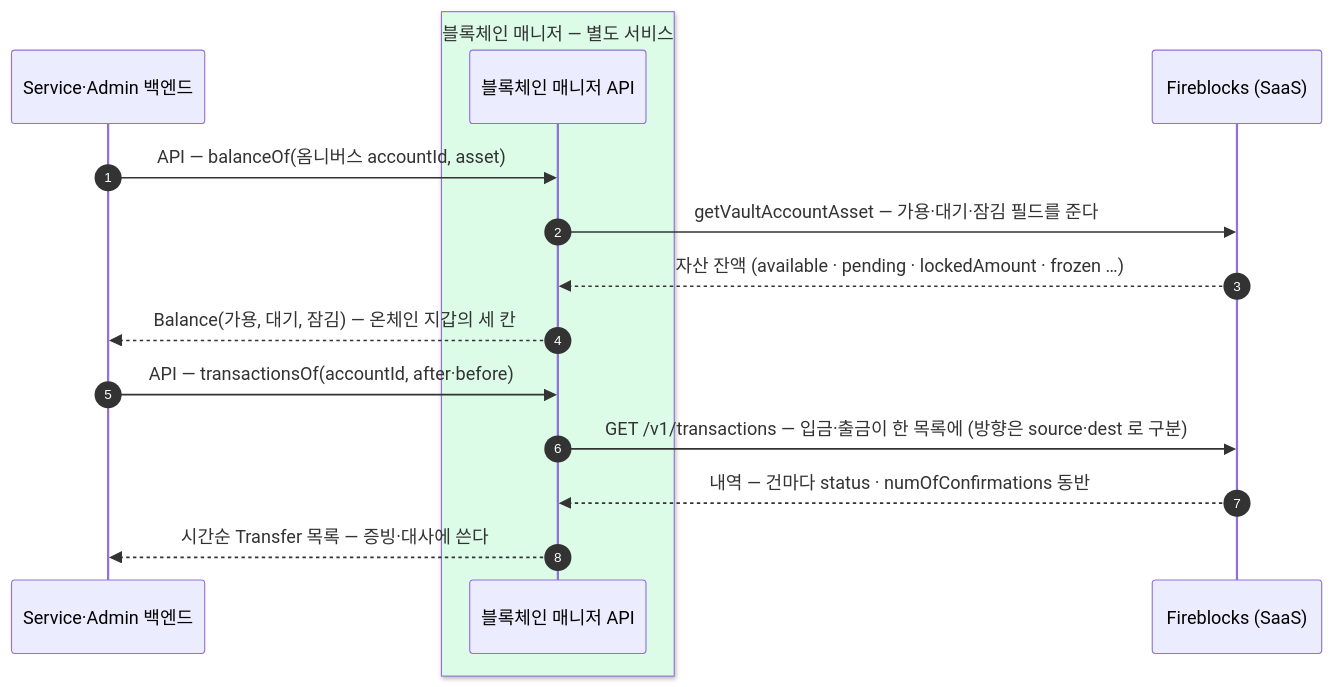
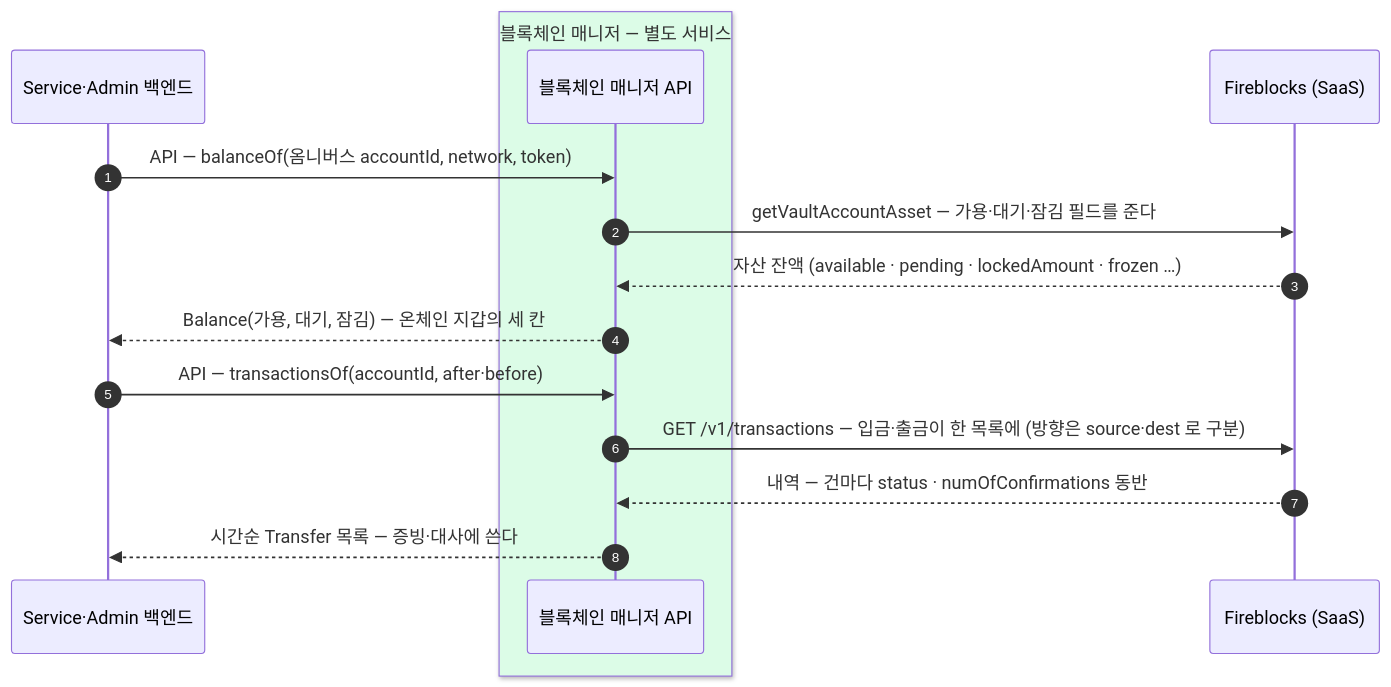
Before and after one commit to eunsujeo/eunpus: the second of 3 diagrams in blockchain-manager/docs/블록체인매니저/설계/08-balance-history.md, drawn with Mermaid. The commit also changed other lines of this file and 4 other files, not shown here.

First line of the commit message:
하위 챕터 프로즈까지 network + token 으로 정리

````diff
--- a/blockchain-manager/docs/블록체인매니저/설계/08-balance-history.md
+++ b/blockchain-manager/docs/블록체인매니저/설계/08-balance-history.md
@@ -92,19 +93,19 @@
 ```mermaid
 sequenceDiagram
     autonumber
     participant BE as Service·Admin 백엔드
     box rgb(220,252,231) 블록체인 매니저 — 별도 서비스
     participant BM as 블록체인 매니저 API
     end
     participant FB as Fireblocks (SaaS)
 
-    BE->>BM: API — balanceOf(옴니버스 accountId, asset)
+    BE->>BM: API — balanceOf(옴니버스 accountId, network, token)
     BM->>FB: getVaultAccountAsset — 가용·대기·잠김 필드를 준다
     FB-->>BM: 자산 잔액 (available · pending · lockedAmount · frozen …)
     BM-->>BE: Balance(가용, 대기, 잠김) — 온체인 지갑의 세 칸
 
     BE->>BM: API — transactionsOf(accountId, after·before)
     BM->>FB: GET /v1/transactions — 입금·출금이 한 목록에 (방향은 source·dest 로 구분)
     FB-->>BM: 내역 — 건마다 status · numOfConfirmations 동반
     BM-->>BE: 시간순 Transfer 목록 — 증빙·대사에 쓴다
 ```
````
